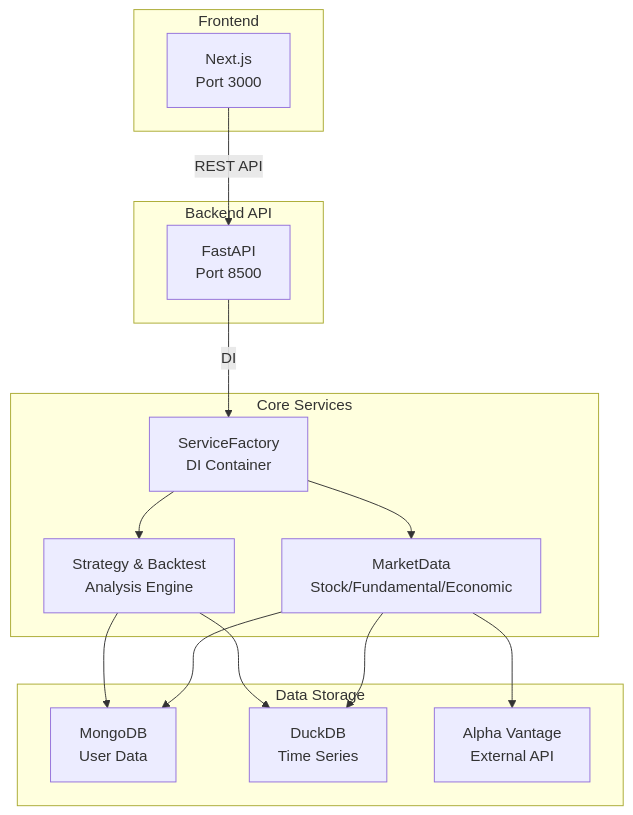
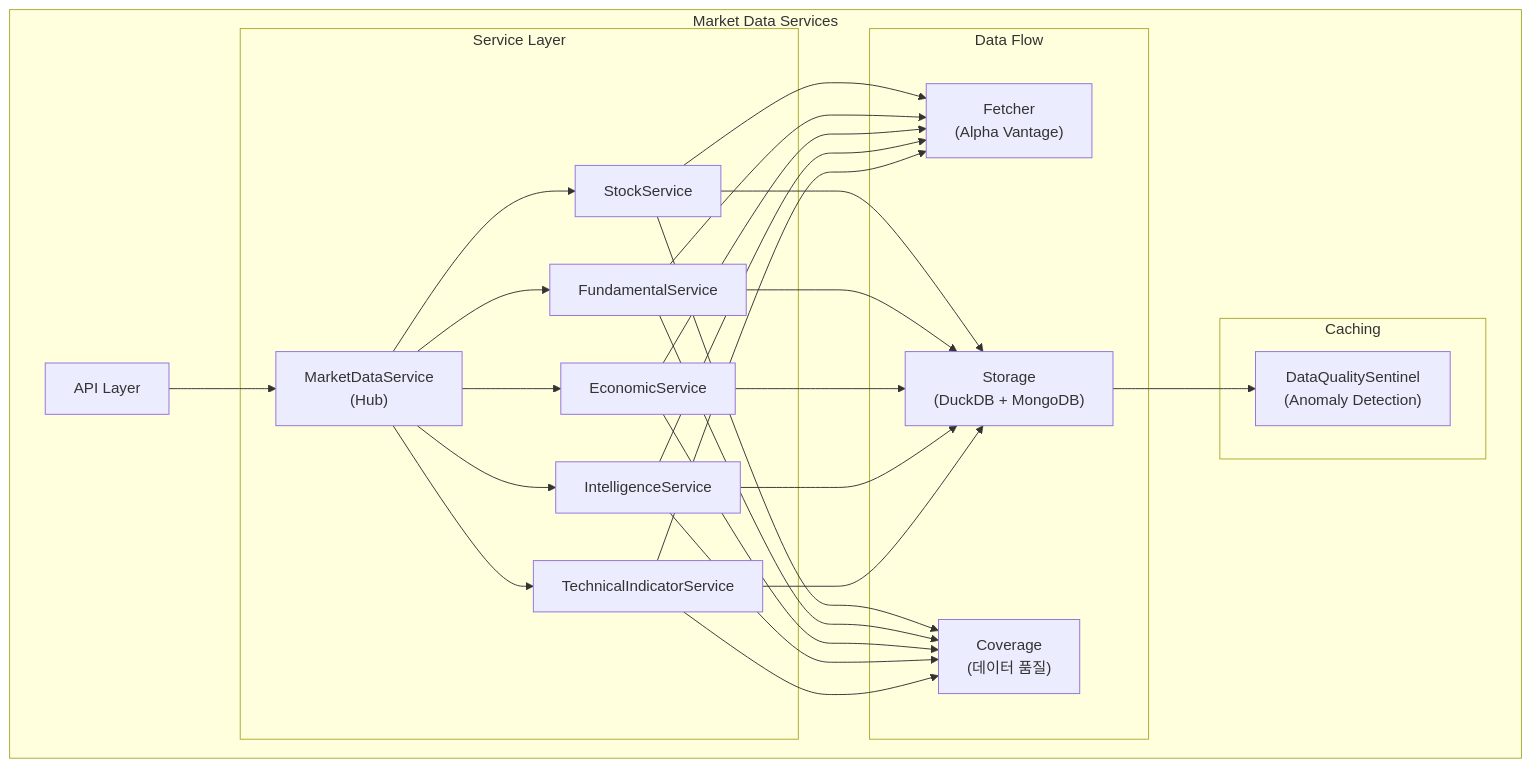
One commit to Br0therDan/quant changed the fourth of 8 diagrams in backend/README.md. Above: the diagram before and after it, drawn with Mermaid. The commit also changed other lines of this file and 11 other files, not shown here.

````diff
--- a/backend/README.md
+++ b/backend/README.md
@@ -9,32 +243,34 @@
 ```mermaid
-graph TB
-    subgraph "Frontend"
-        A[Next.js<br/>Port 3000]
+flowchart TB
+    subgraph "Market Data Services"
+        API["API Layer"]
+
+        subgraph "Service Layer"
+            MDS["MarketDataService<br/>(Hub)"]
+            Stock["StockService"]
+            Fund["FundamentalService"]
+            Econ["EconomicService"]
+            Intel["IntelligenceService"]
+            TI["TechnicalIndicatorService"]
+        end
+
+        subgraph "Data Flow"
+            F["Fetcher<br/>(Alpha Vantage)"]
+            S["Storage<br/>(DuckDB + MongoDB)"]
+            C["Coverage<br/>(데이터 품질)"]
+        end
+
+        subgraph "Caching"
+            DQ["DataQualitySentinel<br/>(Anomaly Detection)"]
+        end
     end
 
-    subgraph "Backend API"
-        B[FastAPI<br/>Port 8500]
-    end
-
-    subgraph "Core Services"
-        C[ServiceFactory<br/>DI Container]
-        D[MarketData<br/>Stock/Fundamental/Economic]
-        E[Strategy & Backtest<br/>Analysis Engine]
-    end
-
-    subgraph "Data Storage"
-        F[MongoDB<br/>User Data]
-        G[DuckDB<br/>Time Series]
-        H[Alpha Vantage<br/>External API]
-    end
-
-    A -->|REST API| B
-    B -->|DI| C
-    C --> D
-    C --> E
-    D --> F
-    D --> G
-    D --> H
-    E --> F
-    E --> G
+    API --> MDS
+    MDS --> Stock & Fund & Econ & Intel & TI
+    Stock --> F & S & C
+    Fund --> F & S & C
+    Econ --> F & S & C
+    Intel --> F & S & C
+    TI --> F & S & C
+    S --> DQ
 ```
````
